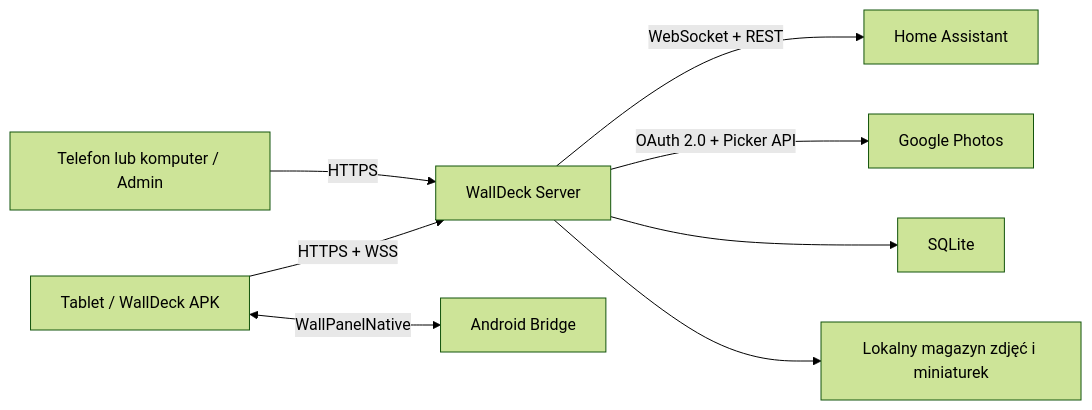
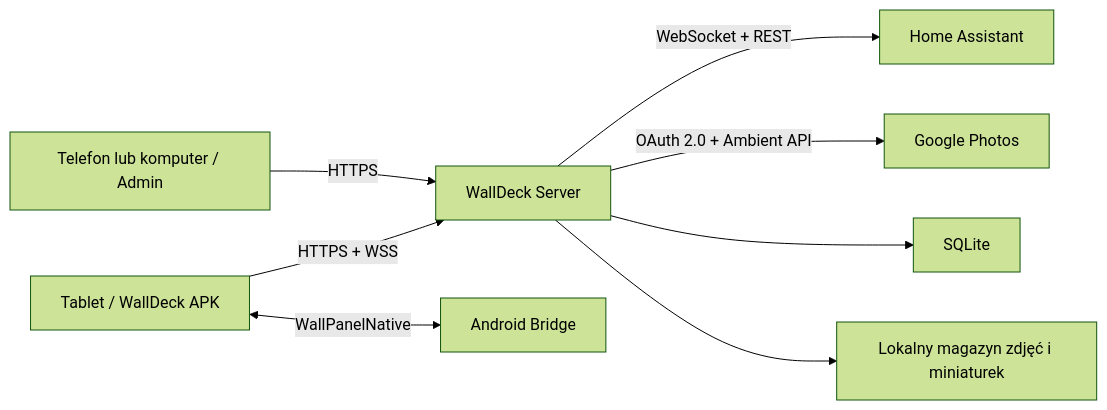
Before and after one commit to Rasti003/WallDeck: the diagram in docs/web-architecture-plan.md, drawn with Mermaid (forest theme). The commit also changed other lines of this file and 1 other file, not shown here.

Commit message:
docs: plan automatic Google Photos sync

````diff
--- a/docs/web-architecture-plan.md
+++ b/docs/web-architecture-plan.md
@@ -50,10 +50,10 @@
 ```mermaid
 flowchart LR
   Tablet["Tablet / WallDeck APK"] -->|"HTTPS + WSS"| Server["WallDeck Server"]
   Browser["Telefon lub komputer / Admin"] -->|"HTTPS"| Server
   Server -->|"WebSocket + REST"| HA["Home Assistant"]
-  Server -->|"OAuth 2.0 + Picker API"| Photos["Google Photos"]
+  Server -->|"OAuth 2.0 + Ambient API"| Photos["Google Photos"]
   Server --> DB["SQLite"]
   Server --> Media["Lokalny magazyn zdjęć i miniaturek"]
   Tablet <-->|"WallPanelNative"| Android["Android Bridge"]
 ```
````
